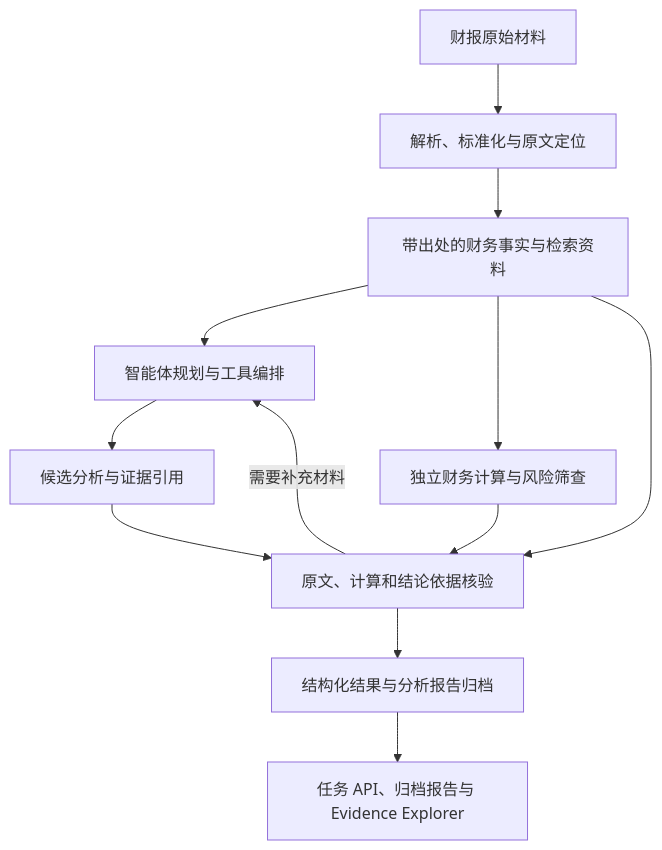
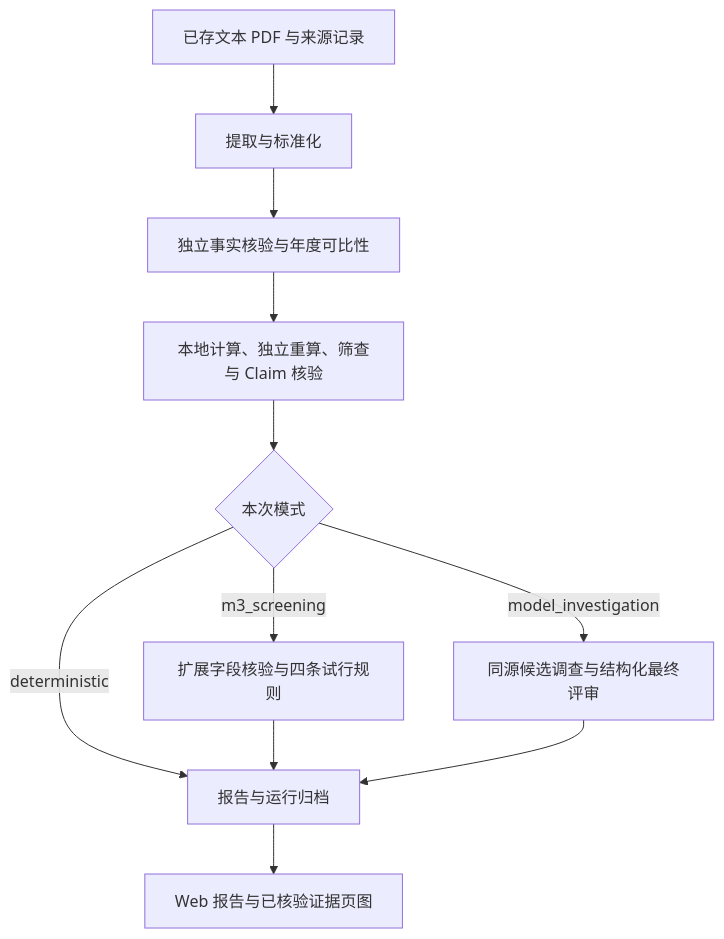
Before and after one commit to Waterfak3r/financial-ai-competition: the diagram in docs/architecture.md, drawn with Mermaid. The commit also changed other lines of this file and 43 other files, not shown here.

````diff
--- a/docs/architecture.md
+++ b/docs/architecture.md
@@ -27,14 +9,13 @@
 ```mermaid
 flowchart TD
-    A["财报原始材料"] --> B["解析、标准化与原文定位"]
-    B --> C["带出处的财务事实与检索资料"]
-    C --> D["智能体规划与工具编排"]
-    C --> E["独立财务计算与风险筛查"]
-    D --> F["候选分析与证据引用"]
-    F --> G["原文、计算和结论依据核验"]
-    E --> G
-    C --> G
-    G --> H["结构化结果与分析报告归档"]
-    G -->|需要补充材料| D
-    H --> I["任务 API、归档报告与 Evidence Explorer"]
+    A["已存文本 PDF 与来源记录"] --> B["提取与标准化"]
+    B --> C["独立事实核验与年度可比性"]
+    C --> D["本地计算、独立重算、筛查与 Claim 核验"]
+    D --> E{"本次模式"}
+    E -->|deterministic| H["报告与运行归档"]
+    E -->|m3_screening| F["扩展字段核验与四条试行规则"]
+    F --> H
+    E -->|model_investigation| G["同源候选调查与结构化最终评审"]
+    G --> H
+    H --> I["Web 报告与已核验证据页图"]
 ```
````
